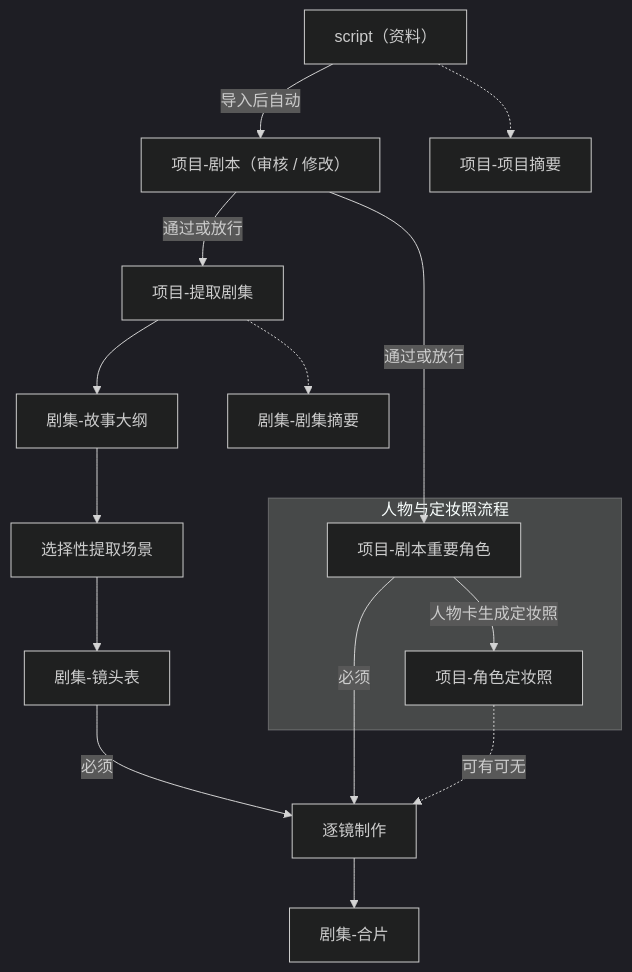
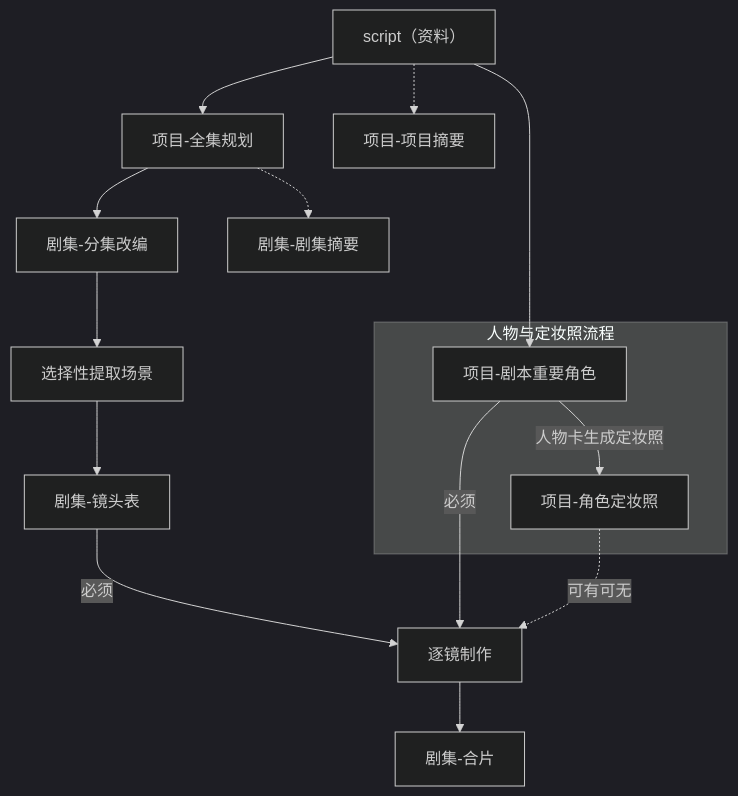
Before and after one commit to senbenyi/meiji-harness: the first of 3 diagrams in meiji/dev_docs/制作工作流.md, drawn with Mermaid (dark theme). The commit also changed other lines of this file and 116 other files, not shown here.

````diff
--- a/meiji/dev_docs/制作工作流.md
+++ b/meiji/dev_docs/制作工作流.md
@@ -42,29 +42,27 @@
 ```mermaid
 flowchart TD
   script["script（资料）"]
-  review["项目-剧本（审核 / 修改）"]
-  split["项目-提取剧集"]
-  outline["剧集-故事大纲"]
+  split["项目-全集规划"]
+  outline["剧集-分集改编"]
   board["剧集-镜头表"]
   shot["逐镜制作"]
   asm["剧集-合片"]
   psum["项目-项目摘要"]
   esum["剧集-剧集摘要"]
 
   subgraph cast["人物与定妆照流程"]
     people["项目-剧本重要角色"]
     look["项目-角色定妆照"]
     people -->|人物卡生成定妆照| look
   end
 
-  script -->|导入后自动| review
-  review -->|通过或放行| split
+  script --> split
   split --> outline --> scenes["选择性提取场景"] --> board
-  review -->|通过或放行| people
+  script --> people
   board -->|必须| shot
   people -->|必须| shot
   look -.->|可有可无| shot
   shot --> asm
   script -.-> psum
   split -.-> esum
 ```
````
